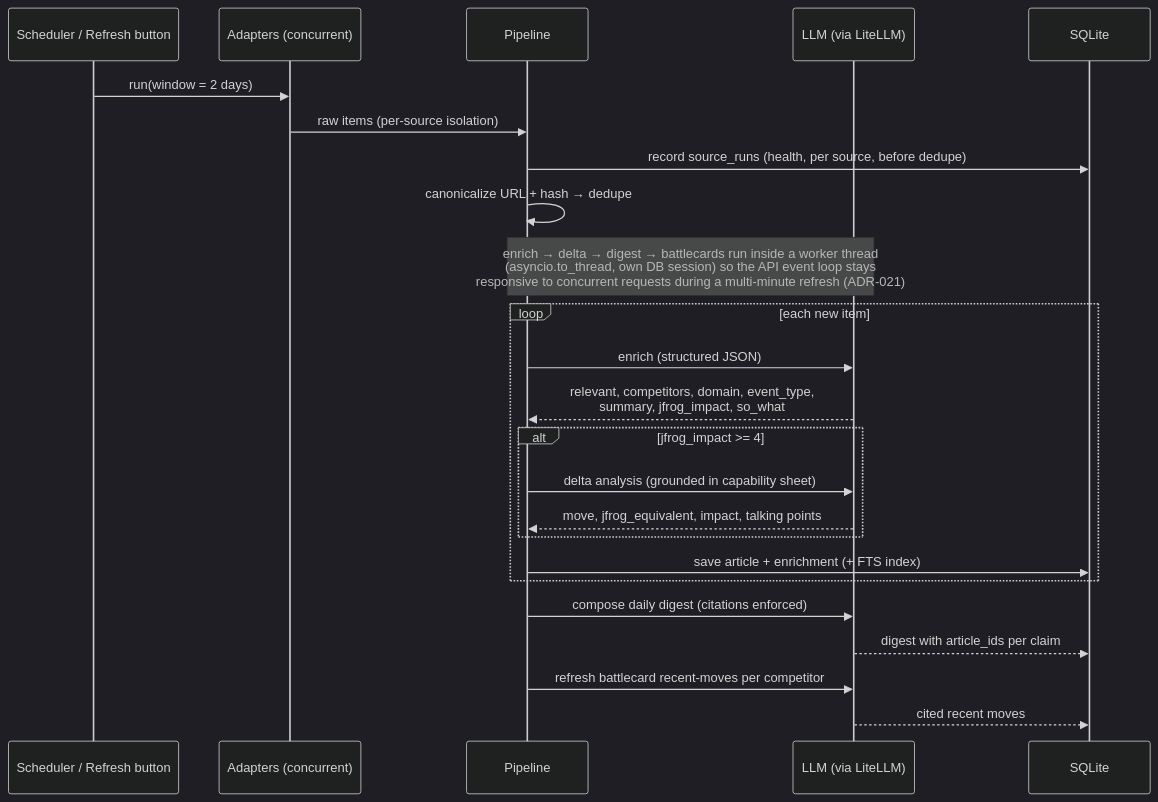
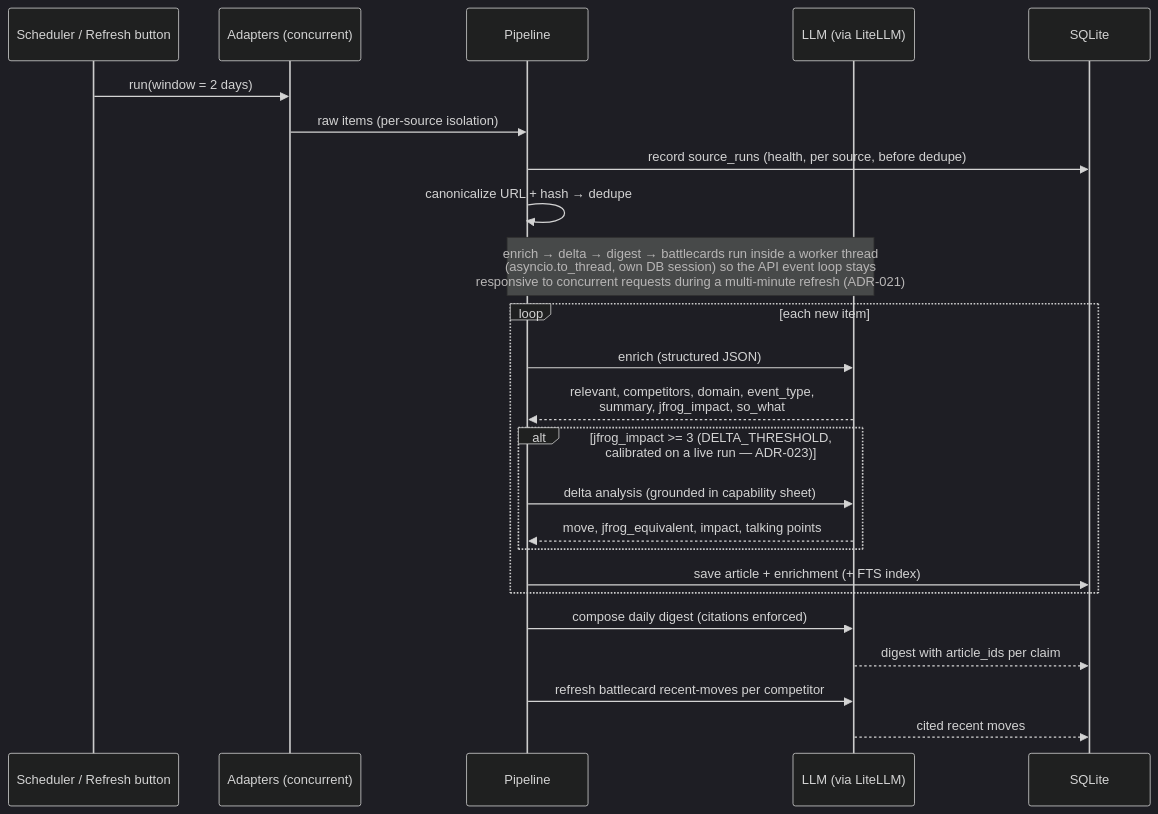
Before and after one commit to RamPakanayev/jfrog-competitive-intelligence: the second of 4 diagrams in ARCHITECTURE.md, drawn with Mermaid (dark theme). The commit also changed other lines of this file and 1 other file, not shown here.

First line of the commit message:
docs: sync architecture diagrams with the live-run source changes

````diff
--- a/ARCHITECTURE.md
+++ b/ARCHITECTURE.md
@@ -46,27 +53,27 @@
 ```mermaid
 sequenceDiagram
     participant S as Scheduler / Refresh button
     participant A as Adapters (concurrent)
     participant P as Pipeline
     participant L as LLM (via LiteLLM)
     participant D as SQLite
 
     S->>A: run(window = 2 days)
     A->>P: raw items (per-source isolation)
     P->>D: record source_runs (health, per source, before dedupe)
     P->>P: canonicalize URL + hash → dedupe
     Note over P,L: enrich → delta → digest → battlecards run inside a worker thread<br/>(asyncio.to_thread, own DB session) so the API event loop stays<br/>responsive to concurrent requests during a multi-minute refresh (ADR-021)
     loop each new item
         P->>L: enrich (structured JSON)
         L-->>P: relevant, competitors, domain, event_type,<br/>summary, jfrog_impact, so_what
-        alt jfrog_impact >= 4
+        alt jfrog_impact >= 3 (DELTA_THRESHOLD, calibrated on a live run — ADR-023)
             P->>L: delta analysis (grounded in capability sheet)
             L-->>P: move, jfrog_equivalent, impact, talking points
         end
         P->>D: save article + enrichment (+ FTS index)
     end
     P->>L: compose daily digest (citations enforced)
     L-->>D: digest with article_ids per claim
     P->>L: refresh battlecard recent-moves per competitor
     L-->>D: cited recent moves
 ```
````
